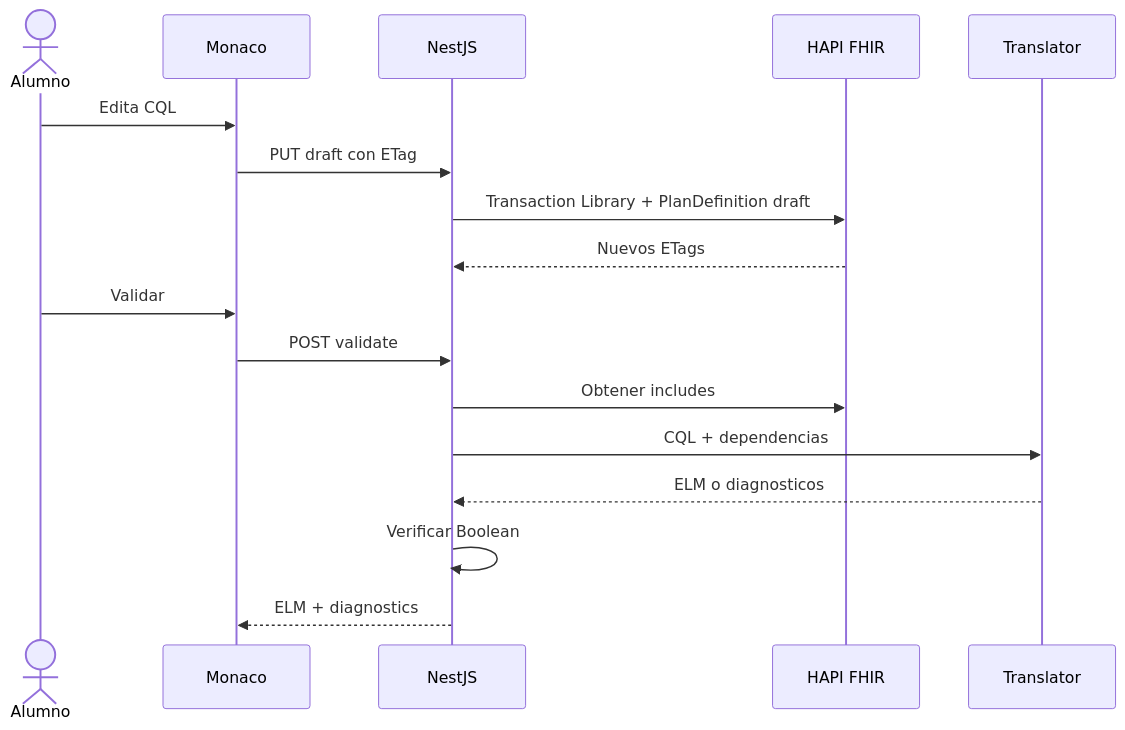
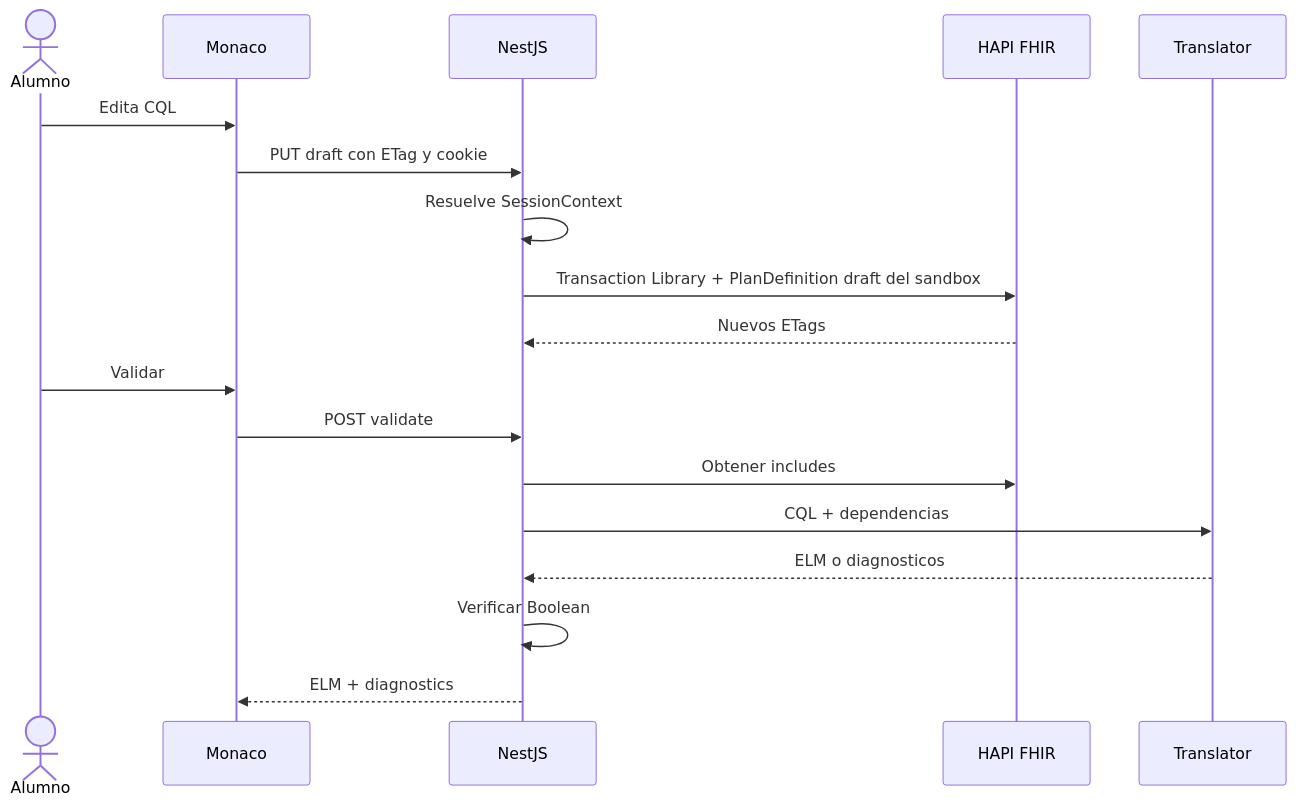
One commit to J0TTAA/RCE-CQL changed the sixth of 8 diagrams in docs/DESIGN.md. Above: the diagram before and after it, drawn with Mermaid. The commit also changed other lines of this file and 12 other files, not shown here.

Commit message:
docs: add anonymous classroom sandbox architecture

````diff
--- a/docs/DESIGN.md
+++ b/docs/DESIGN.md
@@ -545,20 +662,21 @@
 ```mermaid
 sequenceDiagram
     actor User as Alumno
     participant UI as Monaco
     participant API as NestJS
     participant HAPI as HAPI FHIR
     participant CQL as Translator
 
     User->>UI: Edita CQL
-    UI->>API: PUT draft con ETag
-    API->>HAPI: Transaction Library + PlanDefinition draft
+    UI->>API: PUT draft con ETag y cookie
+    API->>API: Resuelve SessionContext
+    API->>HAPI: Transaction Library + PlanDefinition draft del sandbox
     HAPI-->>API: Nuevos ETags
     User->>UI: Validar
     UI->>API: POST validate
     API->>HAPI: Obtener includes
     API->>CQL: CQL + dependencias
     CQL-->>API: ELM o diagnosticos
     API->>API: Verificar Boolean
     API-->>UI: ELM + diagnostics
 ```
````
